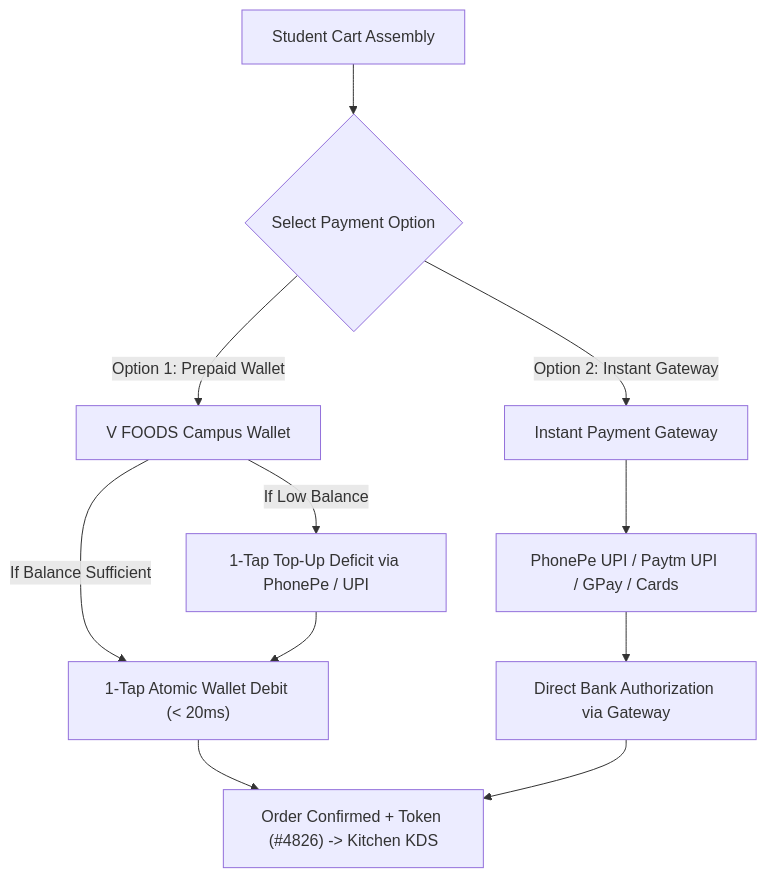
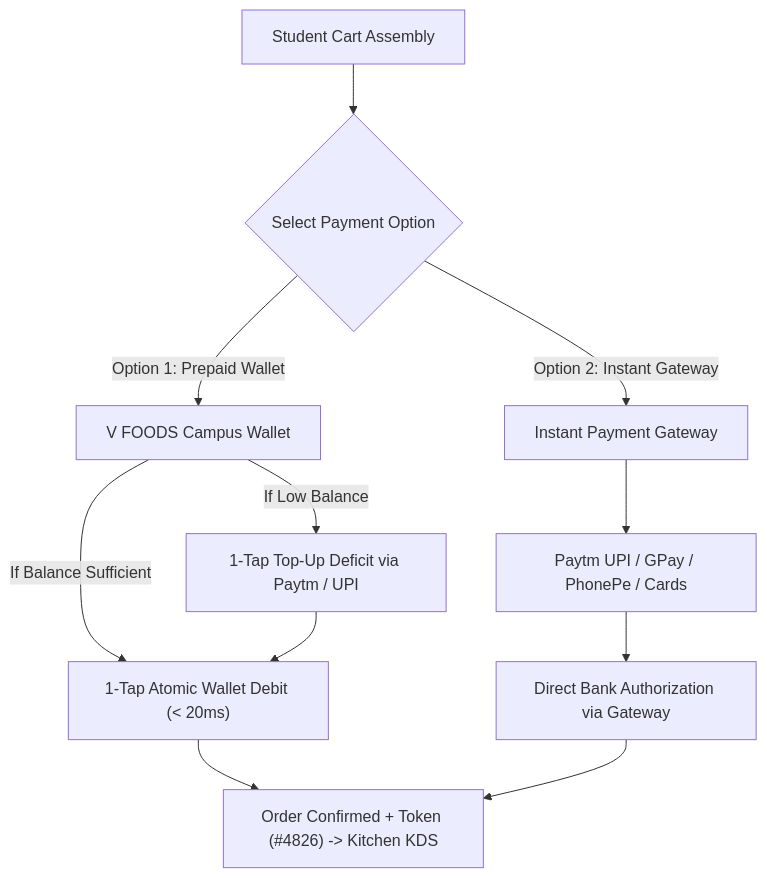
One commit to yogeshravi19/v-buy changed the third of 5 diagrams in docs/V_FOODS_COMPLETE_SYSTEM_GUIDE.md. Above: the diagram before and after it, drawn with Mermaid. The commit also changed other lines of this file and 55 other files, not shown here.

````diff
--- a/docs/V_FOODS_COMPLETE_SYSTEM_GUIDE.md
+++ b/docs/V_FOODS_COMPLETE_SYSTEM_GUIDE.md
@@ -130,17 +131,17 @@
 ```mermaid
 flowchart TD
     Cart["Student Cart Assembly"] --> Choice{"Select Payment Option"}
 
     %% Option 1: Campus Wallet
     Choice -->|Option 1: Prepaid Wallet| Wallet["V FOODS Campus Wallet"]
     Wallet -->|If Balance Sufficient| WPay["1-Tap Atomic Wallet Debit (< 20ms)"]
-    Wallet -->|If Low Balance| WTop["1-Tap Top-Up Deficit via PhonePe / UPI"]
+    Wallet -->|If Low Balance| WTop["1-Tap Top-Up Deficit via Paytm / UPI"]
     WTop --> WPay
     WPay --> OrderSuccess["Order Confirmed + Token (#4826) -> Kitchen KDS"]
 
     %% Option 2: Instant Gateway
     Choice -->|Option 2: Instant Gateway| Gateway["Instant Payment Gateway"]
-    Gateway --> UPIOptions["PhonePe UPI / Paytm UPI / GPay / Cards"]
+    Gateway --> UPIOptions["Paytm UPI / GPay / PhonePe / Cards"]
     UPIOptions --> BankAuth["Direct Bank Authorization via Gateway"]
     BankAuth --> OrderSuccess
 ```
````
